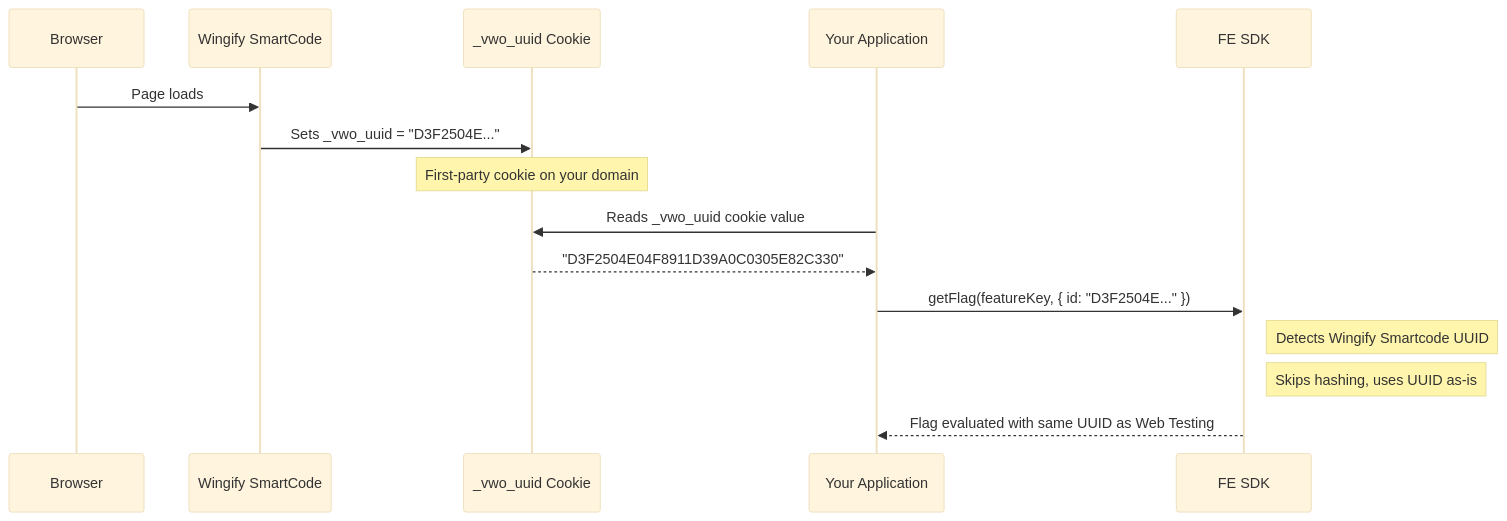
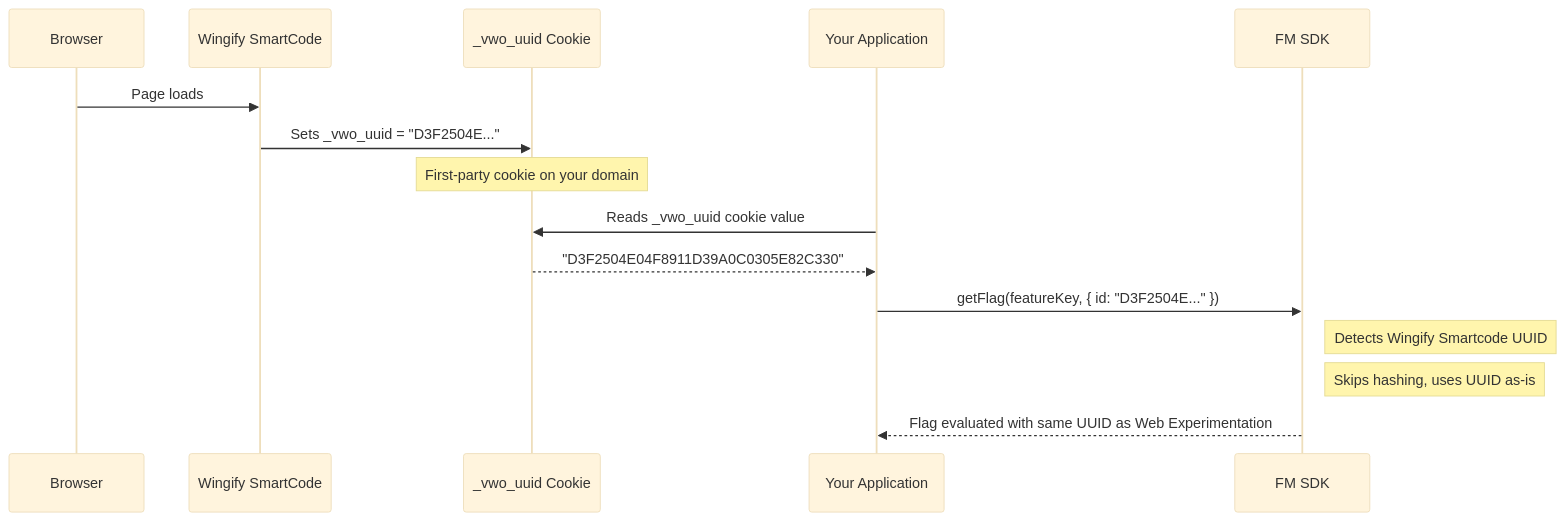
Before and after one commit to wingify/readme-central: the diagram in docs/Concepts/fme-using-web-testing-visitor-uuid-as-userid.md, drawn with Mermaid (base theme). The commit also changed other lines of this file and 192 other files, not shown here.

Commit message:
Update FE to FM, Feature Experimentation to Feature Management, and Web Testing to Web Experimentation

````diff
--- a/docs/Concepts/fme-using-web-testing-visitor-uuid-as-userid.md
+++ b/docs/Concepts/fme-using-web-testing-visitor-uuid-as-userid.md
@@ -141,18 +141,18 @@
 ```mermaid
 sequenceDiagram
   participant Browser
   participant SmartCode as Wingify SmartCode
   participant Cookie as _vwo_uuid Cookie
   participant Application as Your Application
-  participant FESDK as FE SDK
+  participant FMSDK as FM SDK
 
   Browser->>SmartCode: Page loads
   SmartCode->>Cookie: Sets _vwo_uuid = "D3F2504E..."
   Note over Cookie: First-party cookie on your domain
   Application->>Cookie: Reads _vwo_uuid cookie value
   Cookie-->>Application: "D3F2504E04F8911D39A0C0305E82C330"
-  Application->>FESDK: getFlag(featureKey, { id: "D3F2504E..." })
-  Note right of FESDK: Detects Wingify Smartcode UUID
-  Note right of FESDK: Skips hashing, uses UUID as-is
-  FESDK-->>Application: Flag evaluated with same UUID as Web Testing
+  Application->>FMSDK: getFlag(featureKey, { id: "D3F2504E..." })
+  Note right of FMSDK: Detects Wingify Smartcode UUID
+  Note right of FMSDK: Skips hashing, uses UUID as-is
+  FMSDK-->>Application: Flag evaluated with same UUID as Web Experimentation
 ```
````
